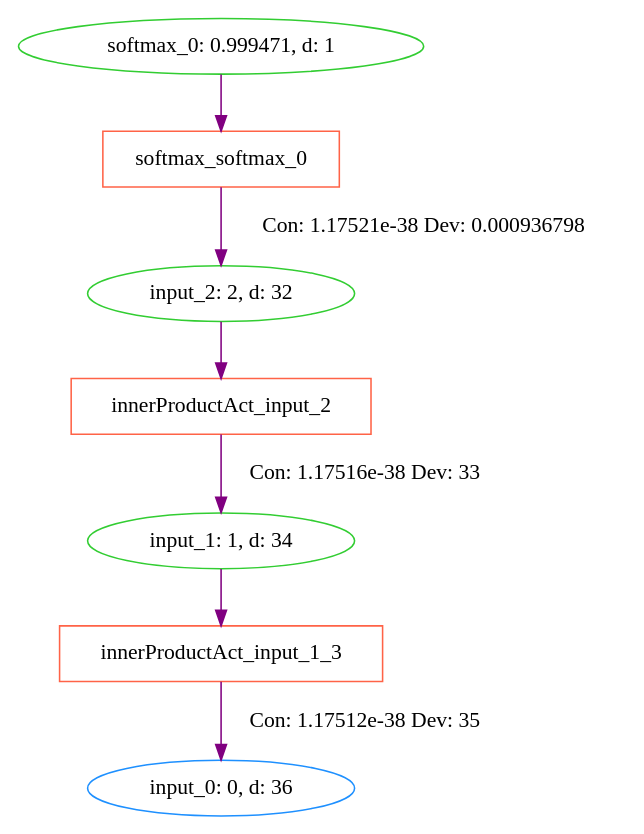
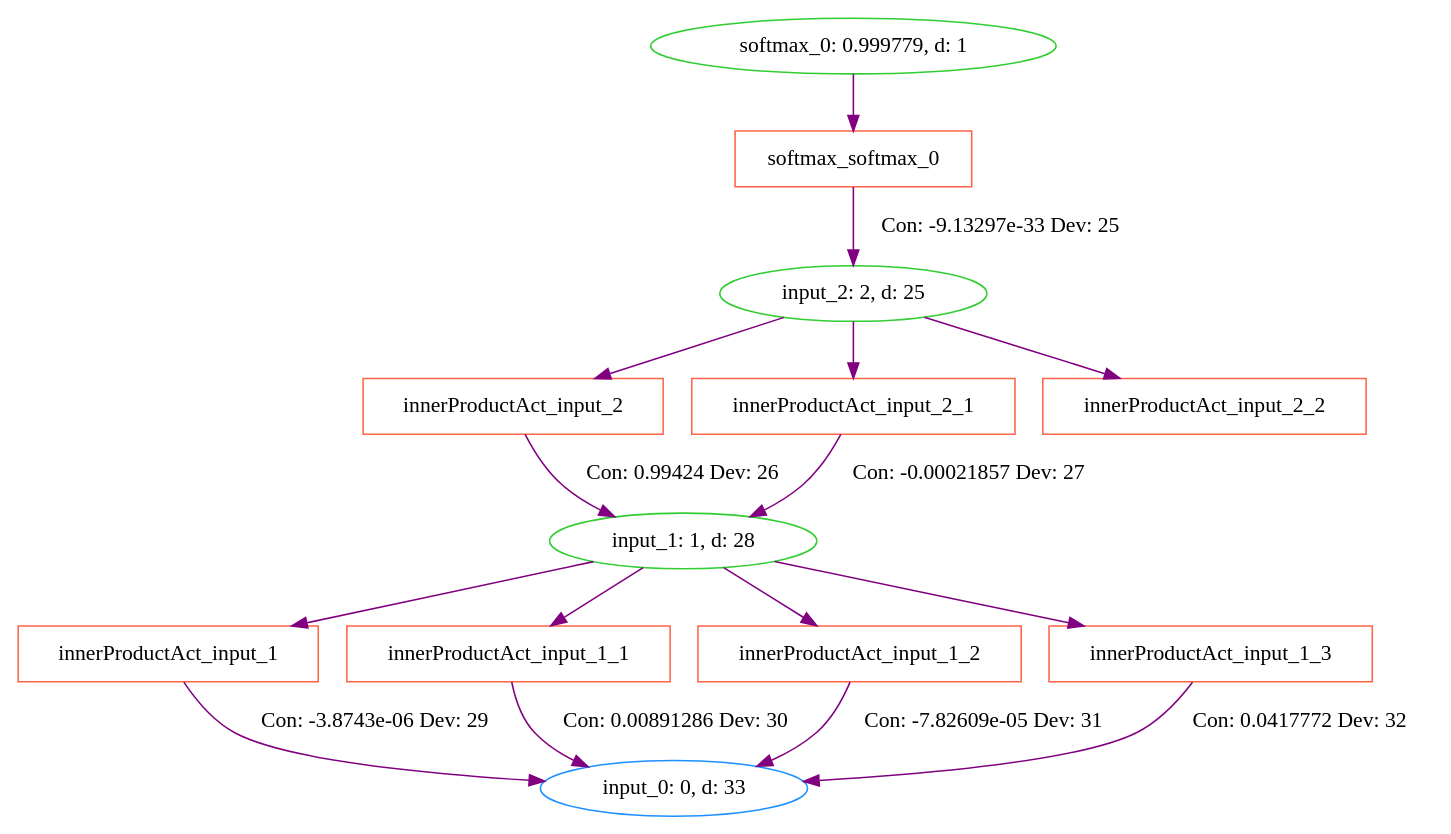
Before and after one commit to milliondegree/PXAI: the diagram in data/iris/cprov/test2-softmax_0-approx.dot, drawn with Graphviz. The commit also changed 11 other files, not shown here.

```diff
--- a/data/iris/cprov/test2-softmax_0-approx.dot
+++ b/data/iris/cprov/test2-softmax_0-approx.dot
@@ -1,21 +1,44 @@
 digraph G {
-0 [label="softmax_0: 0.999471, d: 1", shape=oval, color=limegreen];
+0 [label="softmax_0: 0.999779, d: 1", shape=oval, color=limegreen];
 1 [label="softmax_softmax_0", shape=box, color=tomato];
-2 [label="input_2: 2, d: 32", shape=oval, color=limegreen];
+2 [label="input_2: 2, d: 25", shape=oval, color=limegreen];
 3 [label="innerProductAct_input_2", shape=box, color=tomato];
-4 [label="input_1: 1, d: 34", shape=oval, color=limegreen];
-5 [label="innerProductAct_input_1_3", shape=box, color=tomato];
-6 [label="input_0: 0, d: 36", shape=oval, color=dodgerblue];
+4 [label="input_1: 1, d: 28", shape=oval, color=limegreen];
+5 [label="innerProductAct_input_1", shape=box, color=tomato];
+6 [label="input_0: 0, d: 33", shape=oval, color=dodgerblue];
+7 [label="innerProductAct_input_1_1", shape=box, color=tomato];
+8 [label="innerProductAct_input_1_2", shape=box, color=tomato];
+9 [label="innerProductAct_input_1_3", shape=box, color=tomato];
+10 [label="innerProductAct_input_2_1", shape=box, color=tomato];
+11 [label="innerProductAct_input_2_2", shape=box, color=tomato];
 0->1  [color=purple]
  [label=""];
 1->2  [color=purple]
- [label="Con: 1.17521e-38 Dev: 0.000936798"];
+ [label="Con: -9.13297e-33 Dev: 25"];
 2->3  [color=purple]
  [label=""];
-3->4  [color=purple]
- [label="Con: 1.17516e-38 Dev: 33"];
 4->5  [color=purple]
  [label=""];
+4->7  [color=purple]
+ [label=""];
+4->8  [color=purple]
+ [label=""];
+4->9  [color=purple]
+ [label=""];
+2->10  [color=purple]
+ [label=""];
+2->11  [color=purple]
+ [label=""];
+3->4  [color=purple]
+ [label="Con: 0.99424 Dev: 26"];
 5->6  [color=purple]
- [label="Con: 1.17512e-38 Dev: 35"];
+ [label="Con: -3.8743e-06 Dev: 29"];
+7->6  [color=purple]
+ [label="Con: 0.00891286 Dev: 30"];
+8->6  [color=purple]
+ [label="Con: -7.82609e-05 Dev: 31"];
+9->6  [color=purple]
+ [label="Con: 0.0417772 Dev: 32"];
+10->4  [color=purple]
+ [label="Con: -0.00021857 Dev: 27"];
 }
```
